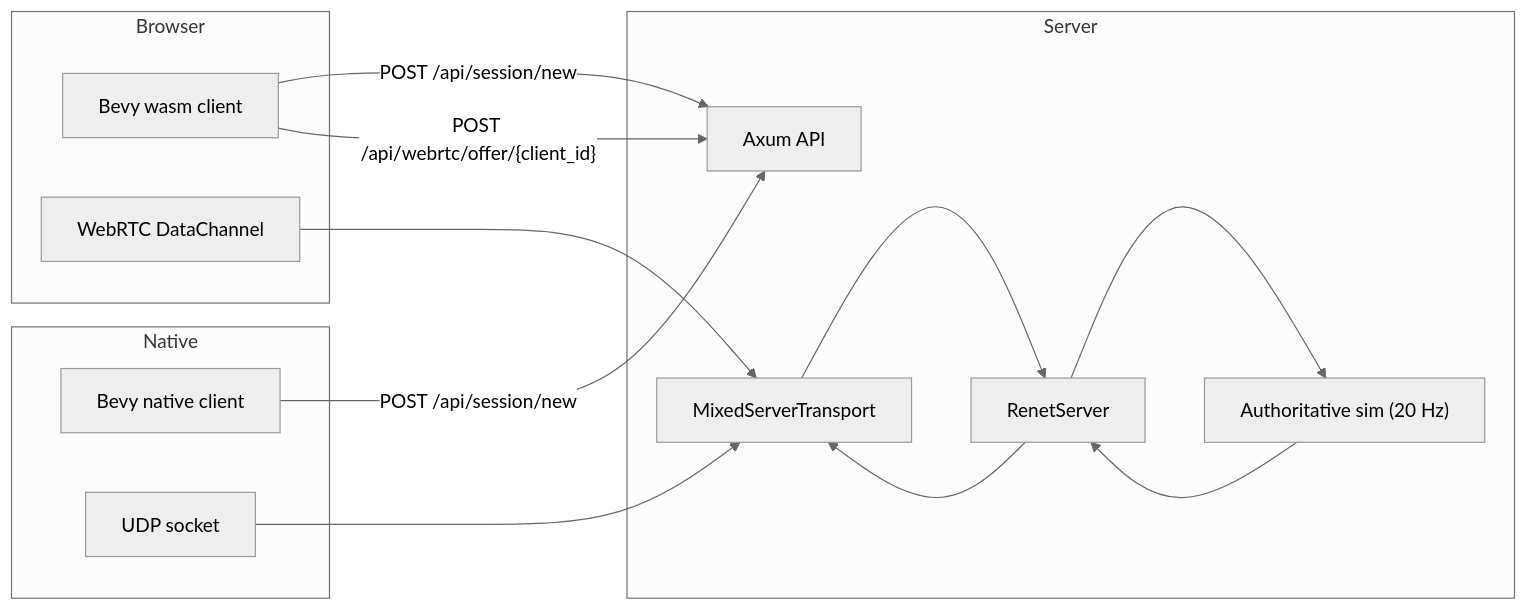
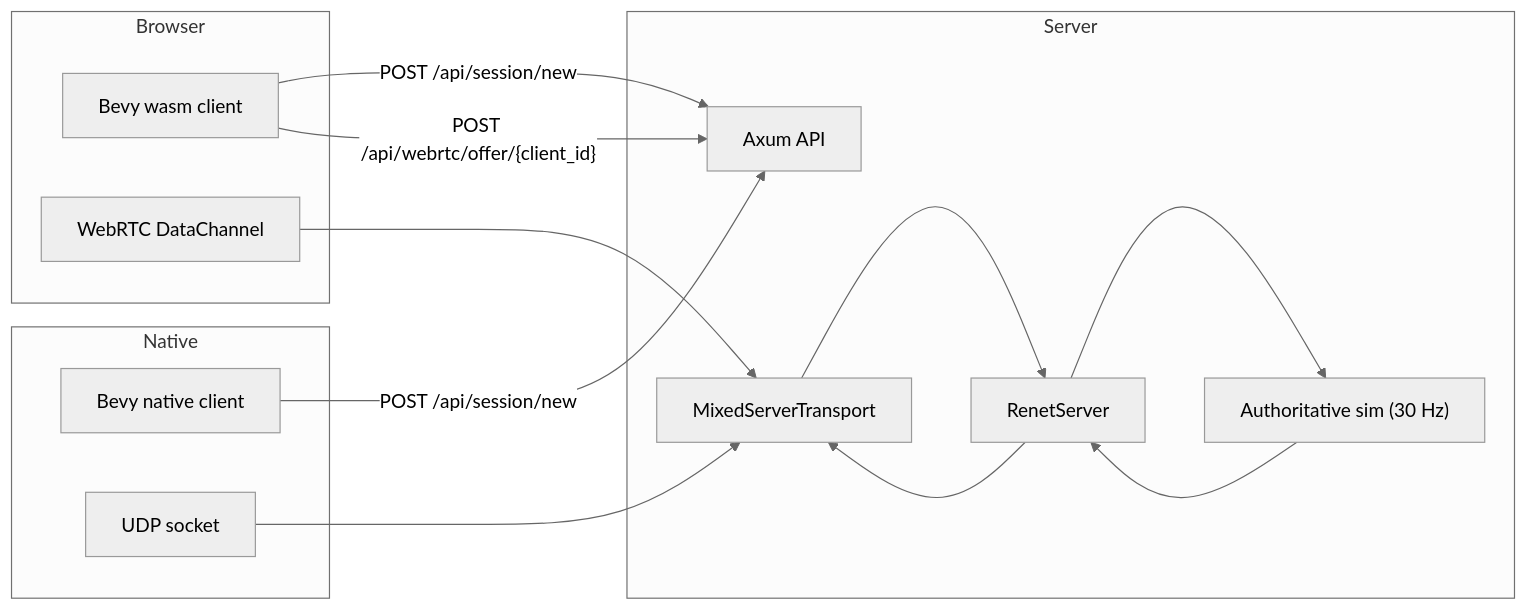
One commit to dt665m/renet-cross changed the diagram in README.md. Above: the diagram before and after it, drawn with Mermaid (neutral theme). The commit also changed other lines of this file and 18 other files, not shown here.

````diff
--- a/README.md
+++ b/README.md
@@ -90,30 +103,30 @@
 ```mermaid
 flowchart LR
   subgraph Browser
     W["Bevy wasm client"]
     D["WebRTC DataChannel"]
   end
 
   subgraph Native
     N["Bevy native client"]
     U["UDP socket"]
   end
 
   subgraph Server
     A["Axum API"]
     M["MixedServerTransport"]
     R["RenetServer"]
-    S["Authoritative sim (20 Hz)"]
+    S["Authoritative sim (30 Hz)"]
   end
 
   W -->|"POST /api/session/new"| A
   N -->|"POST /api/session/new"| A
   W -->|"POST /api/webrtc/offer/{client_id}"| A
 
   D --> M
   U --> M
   M --> R
   R --> S
   S --> R
   R --> M
 ```
````
